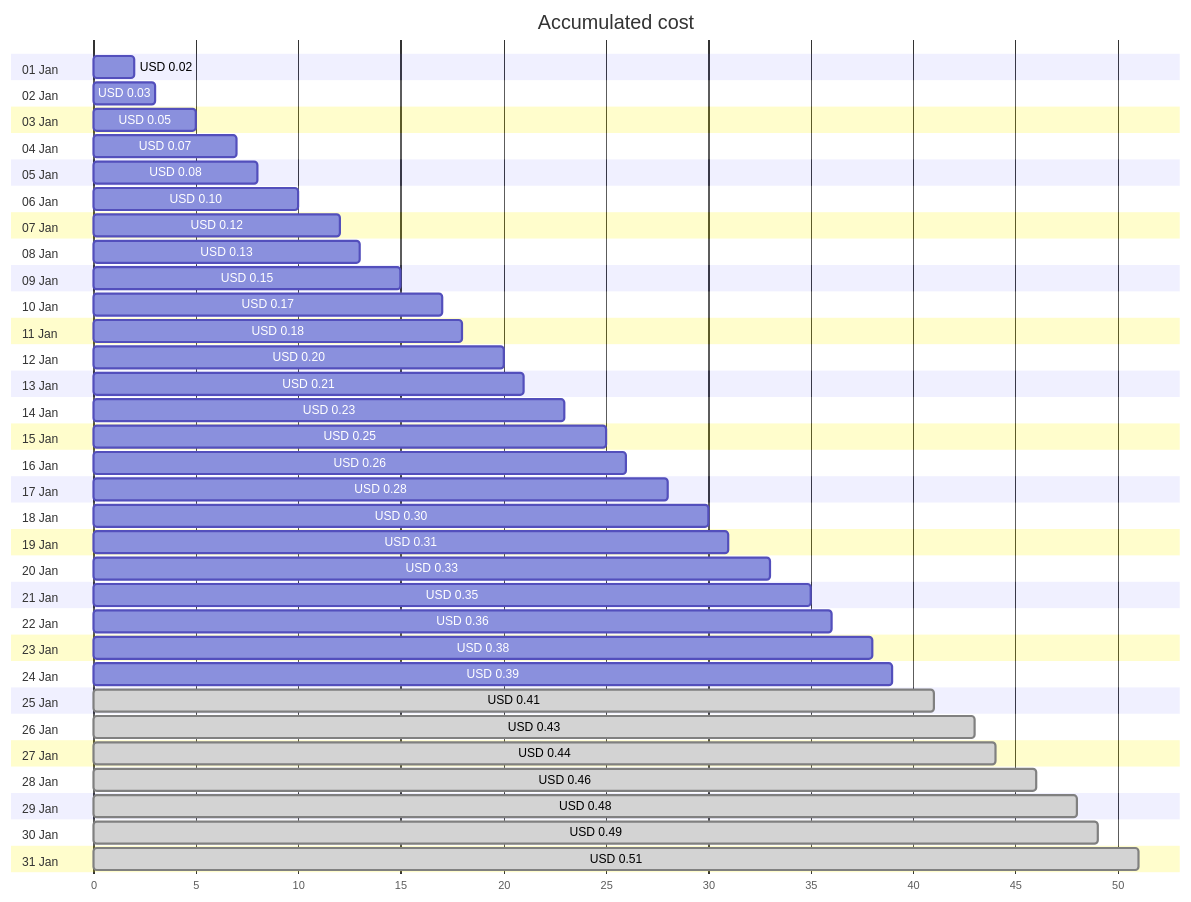
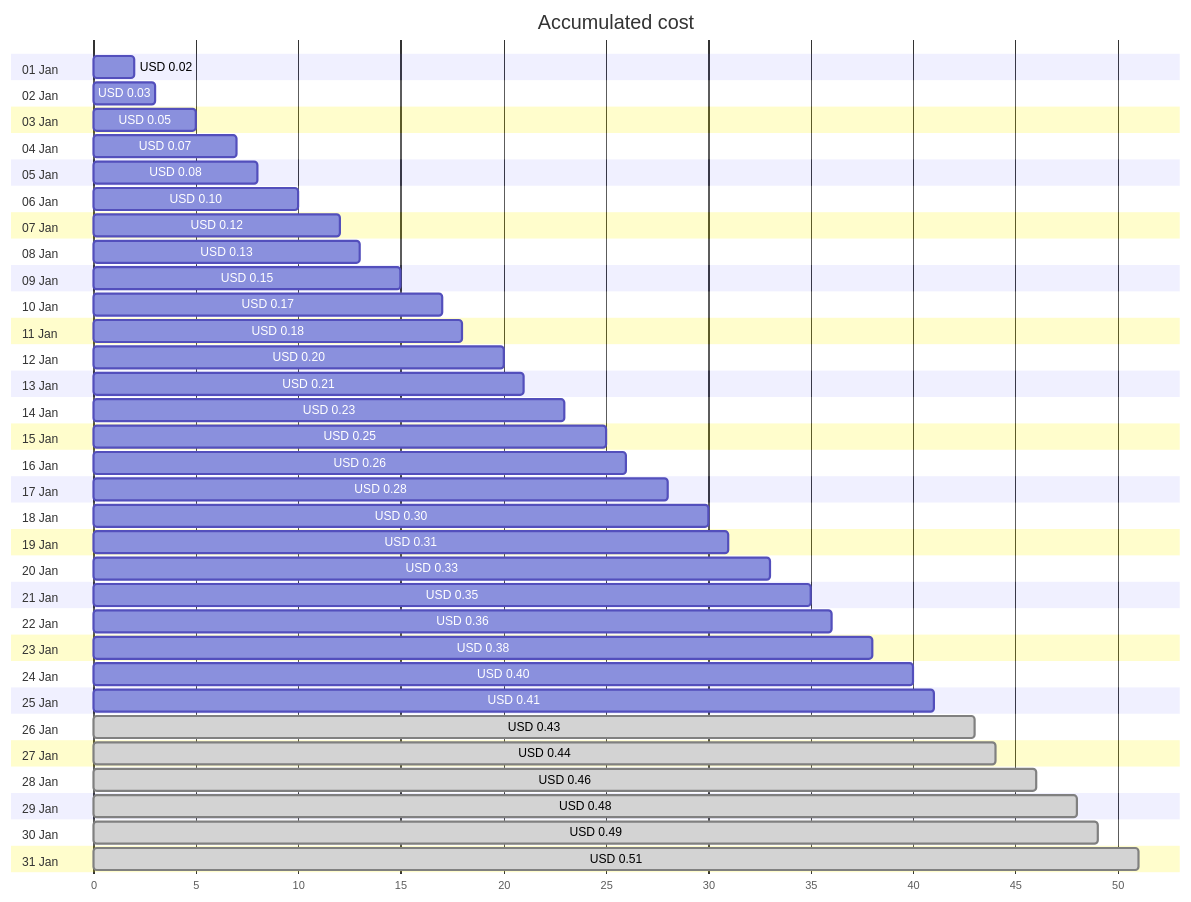
Before and after one commit to jpfulton/azure-personal-reports: the first of 4 diagrams in cost-reports/personal-dns/jpatrickfulton.dev.md, drawn with Mermaid. The commit also changed other lines of this file and 2 other files, not shown here.

````diff
--- a/cost-reports/personal-dns/jpatrickfulton.dev.md
+++ b/cost-reports/personal-dns/jpatrickfulton.dev.md
@@ -20,68 +20,68 @@
 ```mermaid
 gantt
    title Accumulated cost
    dateFormat  X
    axisFormat %s
    section 01 Jan
    USD 0.02 :0, 2
    section 02 Jan
    USD 0.03 :0, 3
    section 03 Jan
    USD 0.05 :0, 5
    section 04 Jan
    USD 0.07 :0, 7
    section 05 Jan
    USD 0.08 :0, 8
    section 06 Jan
    USD 0.10 :0, 10
    section 07 Jan
    USD 0.12 :0, 12
    section 08 Jan
    USD 0.13 :0, 13
    section 09 Jan
    USD 0.15 :0, 15
    section 10 Jan
    USD 0.17 :0, 17
    section 11 Jan
    USD 0.18 :0, 18
    section 12 Jan
    USD 0.20 :0, 20
    section 13 Jan
    USD 0.21 :0, 21
    section 14 Jan
    USD 0.23 :0, 23
    section 15 Jan
    USD 0.25 :0, 25
    section 16 Jan
    USD 0.26 :0, 26
    section 17 Jan
    USD 0.28 :0, 28
    section 18 Jan
    USD 0.30 :0, 30
    section 19 Jan
    USD 0.31 :0, 31
    section 20 Jan
    USD 0.33 :0, 33
    section 21 Jan
    USD 0.35 :0, 35
    section 22 Jan
    USD 0.36 :0, 36
    section 23 Jan
    USD 0.38 :0, 38
    section 24 Jan
-   USD 0.39 :0, 39
+   USD 0.40 :0, 40
    section 25 Jan
-   USD 0.41 : done, 0, 41
+   USD 0.41 :0, 41
    section 26 Jan
    USD 0.43 : done, 0, 43
    section 27 Jan
    USD 0.44 : done, 0, 44
    section 28 Jan
    USD 0.46 : done, 0, 46
    section 29 Jan
    USD 0.48 : done, 0, 48
    section 30 Jan
    USD 0.49 : done, 0, 49
    section 31 Jan
    USD 0.51 : done, 0, 51
 ```
````
